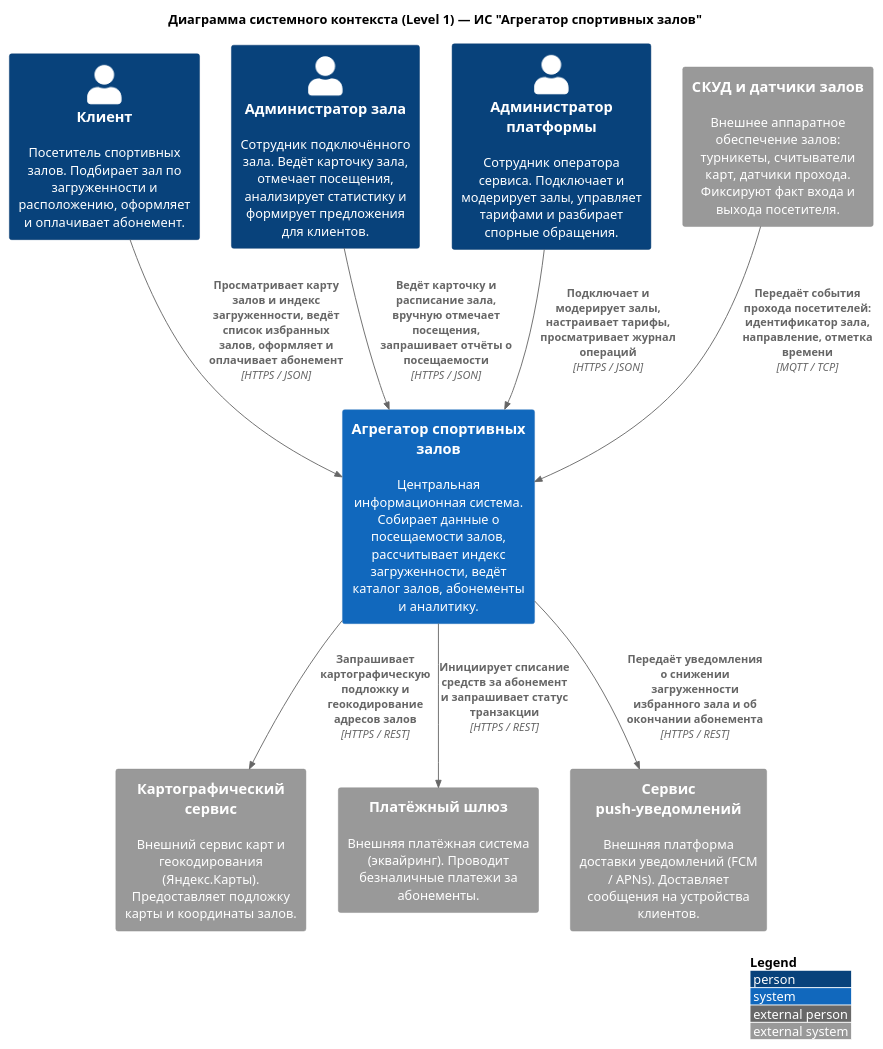
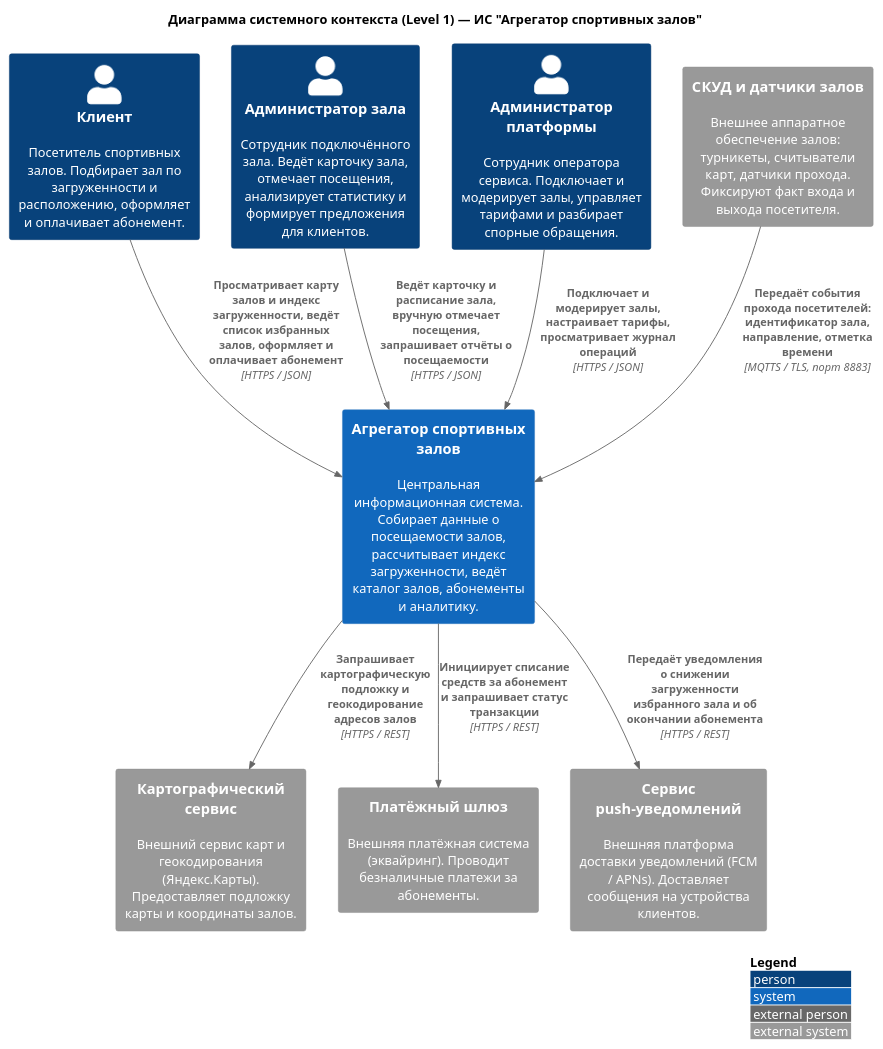
Before and after one commit to lamtfey11/ISIT-project-gym-aggregator: the diagram in src/local/kutenkov/L1_backend.puml, drawn with PlantUML.

Commit message:
Корректные протоколы для турникетов

```diff
--- a/src/local/kutenkov/L1_backend.puml
+++ b/src/local/kutenkov/L1_backend.puml
@@ -1,32 +1,32 @@
 @startuml L1
 
 !include https://raw.githubusercontent.com/plantuml-stdlib/C4-PlantUML/master/C4_Context.puml
 
 LAYOUT_WITH_LEGEND()
 title Диаграмма системного контекста (Level 1) — ИС "Агрегатор спортивных залов"
 
 ' Актёры
 Person(client, "Клиент", "Посетитель спортивных залов. Подбирает зал по загруженности и расположению, оформляет и оплачивает абонемент.")
 Person(gym_admin, "Администратор зала", "Сотрудник подключённого зала. Ведёт карточку зала, отмечает посещения, анализирует статистику и формирует предложения для клиентов.")
 Person(platform_admin, "Администратор платформы", "Сотрудник оператора сервиса. Подключает и модерирует залы, управляет тарифами и разбирает спорные обращения.")
 
 ' Проектируемапя система
 System(gym_aggregator, "Агрегатор спортивных залов", "Центральная информационная система. Собирает данные о посещаемости залов, рассчитывает индекс загруженности, ведёт каталог залов, абонементы и аналитику.")
 
 ' Внешние ситемы
 System_Ext(maps_service, "Картографический сервис", "Внешний сервис карт и геокодирования (Яндекс.Карты). Предоставляет подложку карты и координаты залов.")
 System_Ext(payment_gateway, "Платёжный шлюз", "Внешняя платёжная система (эквайринг). Проводит безналичные платежи за абонементы.")
 System_Ext(access_control, "СКУД и датчики залов", "Внешнее аппаратное обеспечение залов: турникеты, считыватели карт, датчики прохода. Фиксируют факт входа и выхода посетителя.")
 System_Ext(push_service, "Сервис push-уведомлений", "Внешняя платформа доставки уведомлений (FCM / APNs). Доставляет сообщения на устройства клиентов.")
 
 ' Связи
 Rel(client, gym_aggregator, "Просматривает карту залов и индекс загруженности, ведёт список избранных залов, оформляет и оплачивает абонемент", "HTTPS / JSON")
 Rel(gym_admin, gym_aggregator, "Ведёт карточку и расписание зала, вручную отмечает посещения, запрашивает отчёты о посещаемости", "HTTPS / JSON")
 Rel(platform_admin, gym_aggregator, "Подключает и модерирует залы, настраивает тарифы, просматривает журнал операций", "HTTPS / JSON")
 
-Rel(access_control, gym_aggregator, "Передаёт события прохода посетителей: идентификатор зала, направление, отметка времени", "MQTT / TCP")
+Rel(access_control, gym_aggregator, "Передаёт события прохода посетителей: идентификатор зала, направление, отметка времени", "MQTTS / TLS, порт 8883")
 Rel(gym_aggregator, maps_service, "Запрашивает картографическую подложку и геокодирование адресов залов", "HTTPS / REST")
 Rel(gym_aggregator, payment_gateway, "Инициирует списание средств за абонемент и запрашивает статус транзакции", "HTTPS / REST")
 Rel(gym_aggregator, push_service, "Передаёт уведомления о снижении загруженности избранного зала и об окончании абонемента", "HTTPS / REST")
 
 @enduml
```
